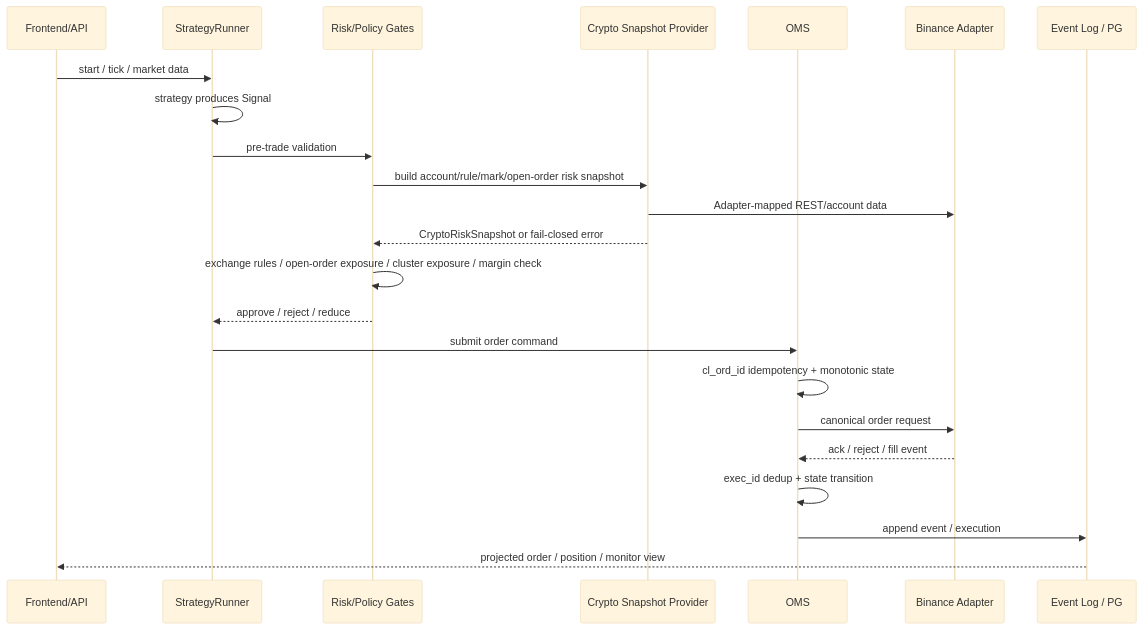
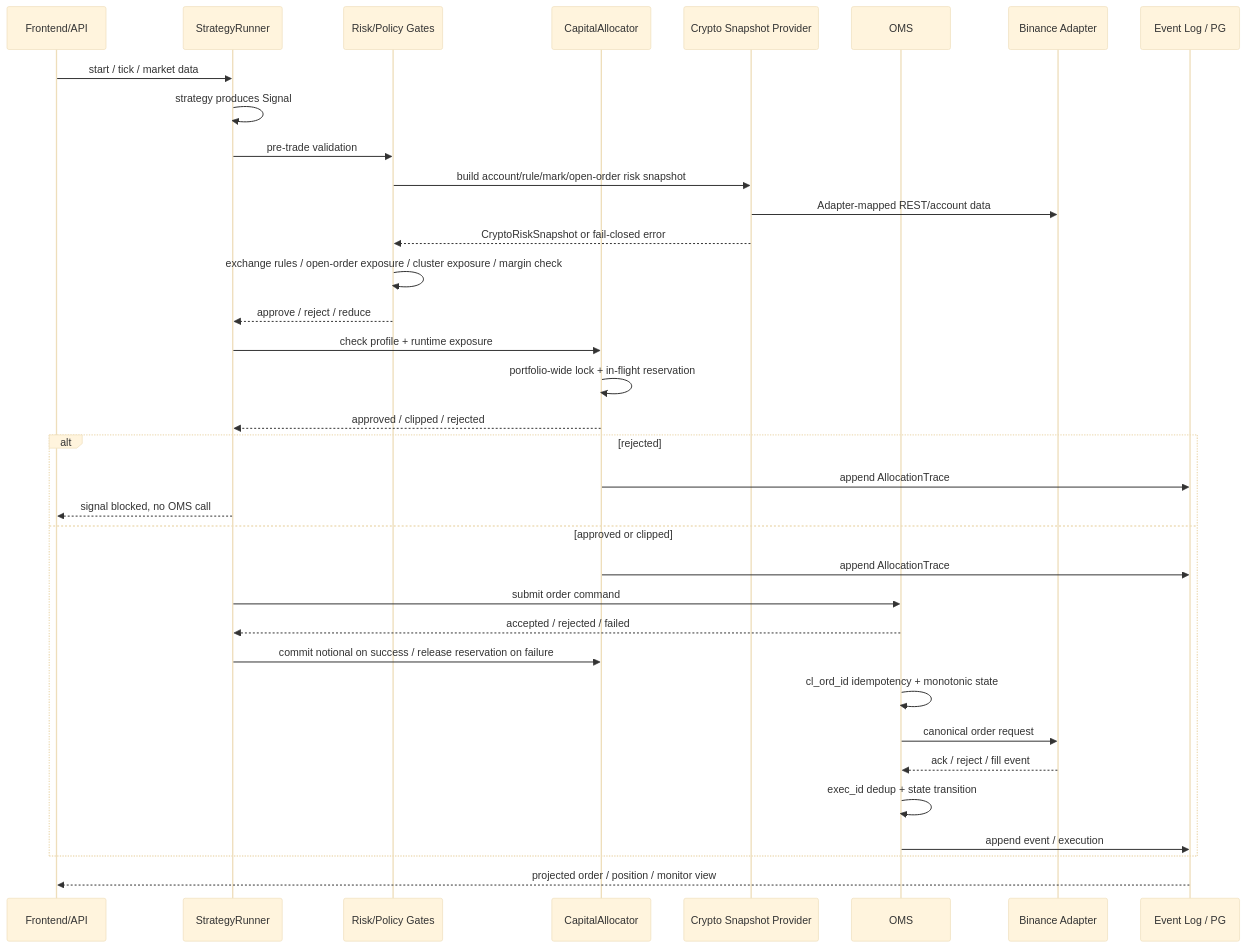
The third of 14 diagrams in docs/PROJECT_ARCHITECTURE.md (xiaomiaoalex/quant_trading_system), drawn with Mermaid (base theme) before and after one commit. The commit also changed other lines of this file and 18 other files, not shown here.

````diff
--- a/docs/PROJECT_ARCHITECTURE.md
+++ b/docs/PROJECT_ARCHITECTURE.md
@@ -152,26 +162,38 @@
 ```mermaid
 sequenceDiagram
     participant FE as Frontend/API
     participant Runner as StrategyRunner
     participant Policy as Risk/Policy Gates
+    participant Allocator as CapitalAllocator
     participant Snapshot as Crypto Snapshot Provider
     participant OMS as OMS
     participant Broker as Binance Adapter
     participant Store as Event Log / PG
 
     FE->>Runner: start / tick / market data
     Runner->>Runner: strategy produces Signal
     Runner->>Policy: pre-trade validation
     Policy->>Snapshot: build account/rule/mark/open-order risk snapshot
     Snapshot->>Broker: Adapter-mapped REST/account data
     Snapshot-->>Policy: CryptoRiskSnapshot or fail-closed error
     Policy->>Policy: exchange rules / open-order exposure / cluster exposure / margin check
     Policy-->>Runner: approve / reject / reduce
-    Runner->>OMS: submit order command
-    OMS->>OMS: cl_ord_id idempotency + monotonic state
-    OMS->>Broker: canonical order request
-    Broker-->>OMS: ack / reject / fill event
-    OMS->>OMS: exec_id dedup + state transition
-    OMS->>Store: append event / execution
+    Runner->>Allocator: check profile + runtime exposure
+    Allocator->>Allocator: portfolio-wide lock + in-flight reservation
+    Allocator-->>Runner: approved / clipped / rejected
+    alt rejected
+        Allocator->>Store: append AllocationTrace
+        Runner-->>FE: signal blocked, no OMS call
+    else approved or clipped
+        Allocator->>Store: append AllocationTrace
+        Runner->>OMS: submit order command
+        OMS-->>Runner: accepted / rejected / failed
+        Runner->>Allocator: commit notional on success / release reservation on failure
+        OMS->>OMS: cl_ord_id idempotency + monotonic state
+        OMS->>Broker: canonical order request
+        Broker-->>OMS: ack / reject / fill event
+        OMS->>OMS: exec_id dedup + state transition
+        OMS->>Store: append event / execution
+    end
     Store-->>FE: projected order / position / monitor view
 ```
````
